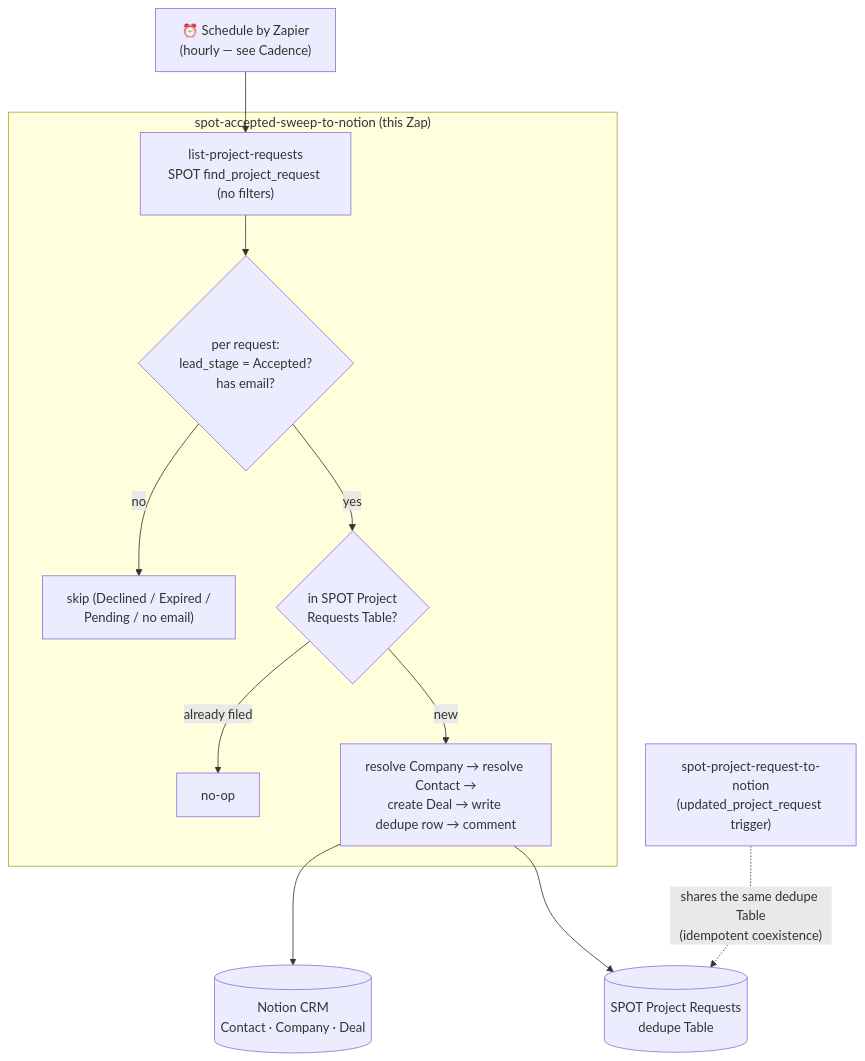
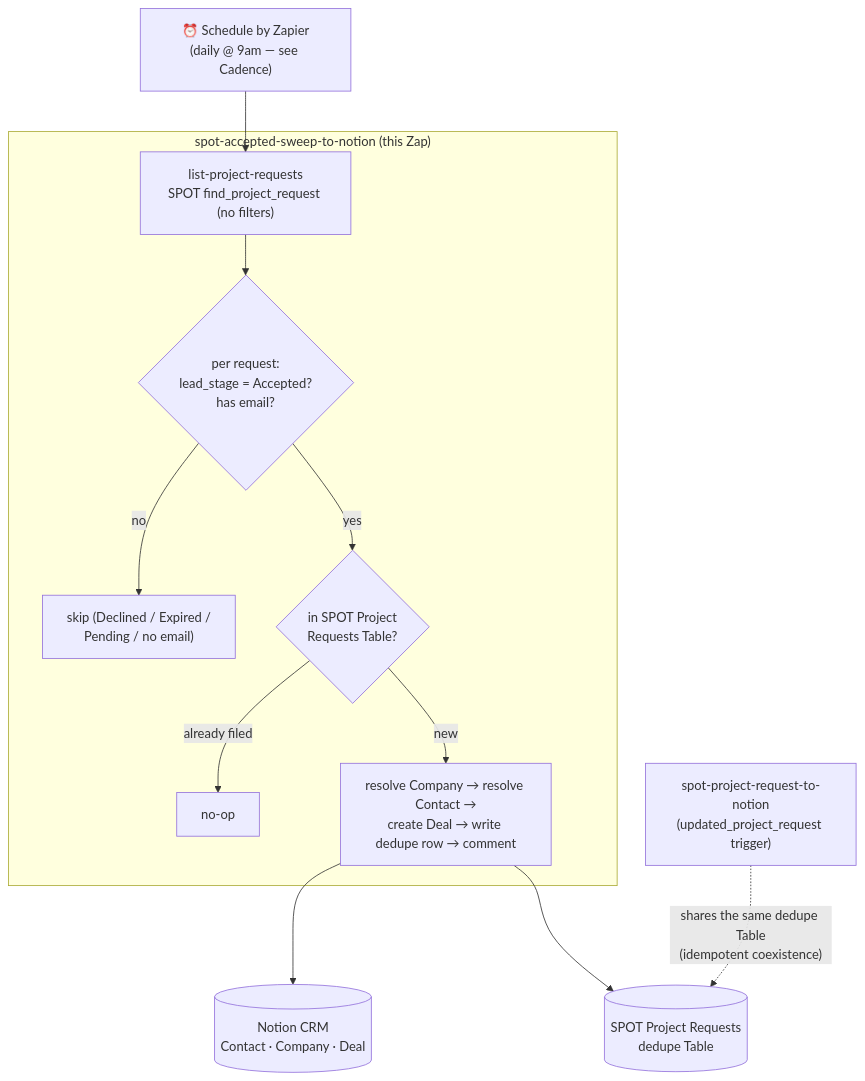
The diagram in spot-accepted-sweep-to-notion/README.md (work-flowers/zapier-sdk), drawn with Mermaid before and after one commit. The commit also changed other lines of this file and 3 other files, not shown here.

````diff
--- a/spot-accepted-sweep-to-notion/README.md
+++ b/spot-accepted-sweep-to-notion/README.md
@@ -16,17 +16,17 @@
 ```mermaid
 flowchart TD
-    sched["⏰ Schedule by Zapier<br/>(hourly — see Cadence)"] --> list
+    sched["⏰ Schedule by Zapier<br/>(daily @ 9am — see Cadence)"] --> list
 
     subgraph sweep["spot-accepted-sweep-to-notion (this Zap)"]
         list["list-project-requests<br/>SPOT find_project_request (no filters)"] --> filter{"per request:<br/>lead_stage = Accepted?<br/>has email?"}
         filter -->|no| drop["skip (Declined / Expired /<br/>Pending / no email)"]
         filter -->|yes| dedupe{"in SPOT Project<br/>Requests Table?"}
         dedupe -->|already filed| noop["no-op"]
         dedupe -->|new| file["resolve Company → resolve Contact →<br/>create Deal → write dedupe row → comment"]
     end
 
     file --> notion[("Notion CRM<br/>Contact · Company · Deal")]
     file --> table[("SPOT Project Requests<br/>dedupe Table")]
 
     trig["spot-project-request-to-notion<br/>(updated_project_request trigger)"] -. "shares the same dedupe Table<br/>(idempotent coexistence)" .-> table
 ```
````
